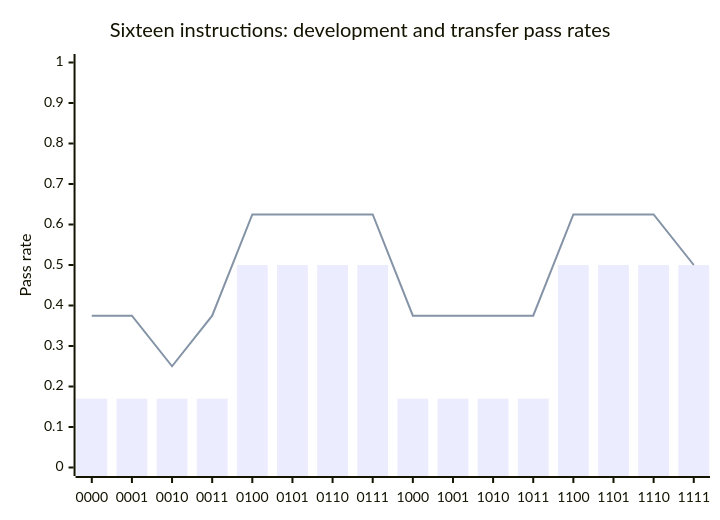
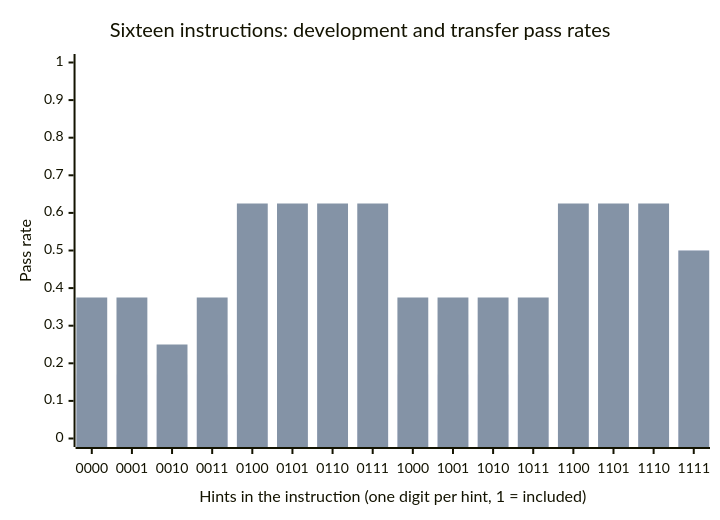
Before and after one commit to profrodai/sovereign-agent: the second of 5 diagrams in book/textbook/ch17/profrod-sovereign-agent-ch17-controlled-improvement-chapter.md, drawn with Mermaid. The commit also changed other lines of this file and 14 other files, not shown here.

First line of the commit message:
Make every chart readable on its own: named series, titled axes, captions that explain

````diff
--- a/book/textbook/ch17/profrod-sovereign-agent-ch17-controlled-improvement-chapter.md
+++ b/book/textbook/ch17/profrod-sovereign-agent-ch17-controlled-improvement-chapter.md
@@ -149,8 +149,8 @@
 ```mermaid
 xychart-beta
     title "Sixteen instructions: development and transfer pass rates"
-    x-axis ["0000", "0001", "0010", "0011", "0100", "0101", "0110", "0111", "1000", "1001", "1010", "1011", "1100", "1101", "1110", "1111"]
+    x-axis "Hints in the instruction (one digit per hint, 1 = included)" ["0000", "0001", "0010", "0011", "0100", "0101", "0110", "0111", "1000", "1001", "1010", "1011", "1100", "1101", "1110", "1111"]
     y-axis "Pass rate" 0 --> 1
-    bar [0.17, 0.17, 0.17, 0.17, 0.5, 0.5, 0.5, 0.5, 0.17, 0.17, 0.17, 0.17, 0.5, 0.5, 0.5, 0.5]
-    line [0.375, 0.375, 0.25, 0.375, 0.625, 0.625, 0.625, 0.625, 0.375, 0.375, 0.375, 0.375, 0.625, 0.625, 0.625, 0.5]
+    bar "Development" [0.17, 0.17, 0.17, 0.17, 0.5, 0.5, 0.5, 0.5, 0.17, 0.17, 0.17, 0.17, 0.5, 0.5, 0.5, 0.5]
+    bar "Transfer" [0.375, 0.375, 0.25, 0.375, 0.625, 0.625, 0.625, 0.625, 0.375, 0.375, 0.375, 0.375, 0.625, 0.625, 0.625, 0.5]
 ```
````
